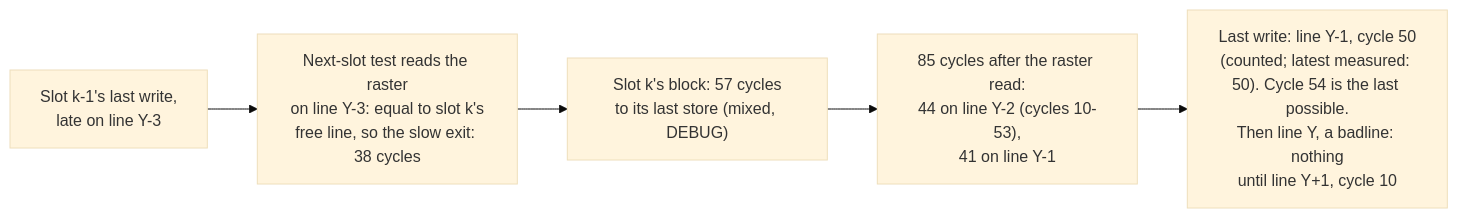
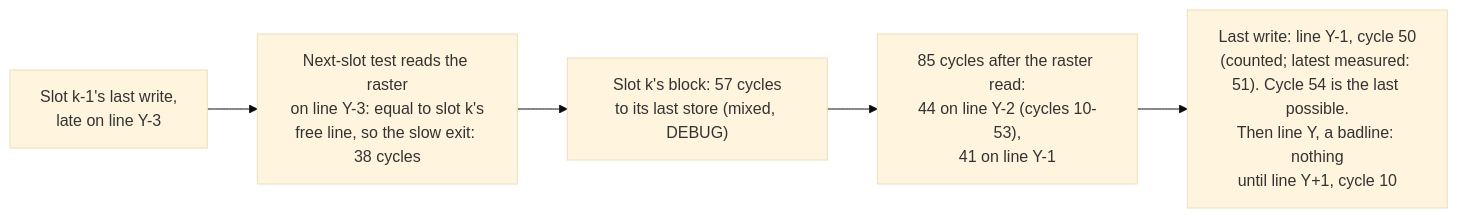
Before and after one commit to s474/vs64_software_house: the third of 7 diagrams in engine/README.md, drawn with Mermaid (base theme). The commit also changed other lines of this file and 1 other file, not shown here.

First line of the commit message:
engine/README: write-deadline verdict brought in line with the follow-up hunts (3 cycles, not 4), size guard, M4 module rows

````diff
--- a/engine/README.md
+++ b/engine/README.md
@@ -759,7 +825,7 @@
 ```mermaid
 flowchart LR
     A["Slot k-1's last write,<br/>late on line Y-3"] --> B["Next-slot test reads the raster<br/>on line Y-3: equal to slot k's<br/>free line, so the slow exit: 38 cycles"]
     B --> C["Slot k's block: 57 cycles<br/>to its last store (mixed, DEBUG)"]
     C --> D["85 cycles after the raster read:<br/>44 on line Y-2 (cycles 10-53),<br/>41 on line Y-1"]
-    D --> E["Last write: line Y-1, cycle 50<br/>(counted; latest measured: 50). Cycle 54 is the last possible.<br/>Then line Y, a badline: nothing<br/>until line Y+1, cycle 10"]
+    D --> E["Last write: line Y-1, cycle 50<br/>(counted; latest measured: 51). Cycle 54 is the last possible.<br/>Then line Y, a badline: nothing<br/>until line Y+1, cycle 10"]
 ```
````
